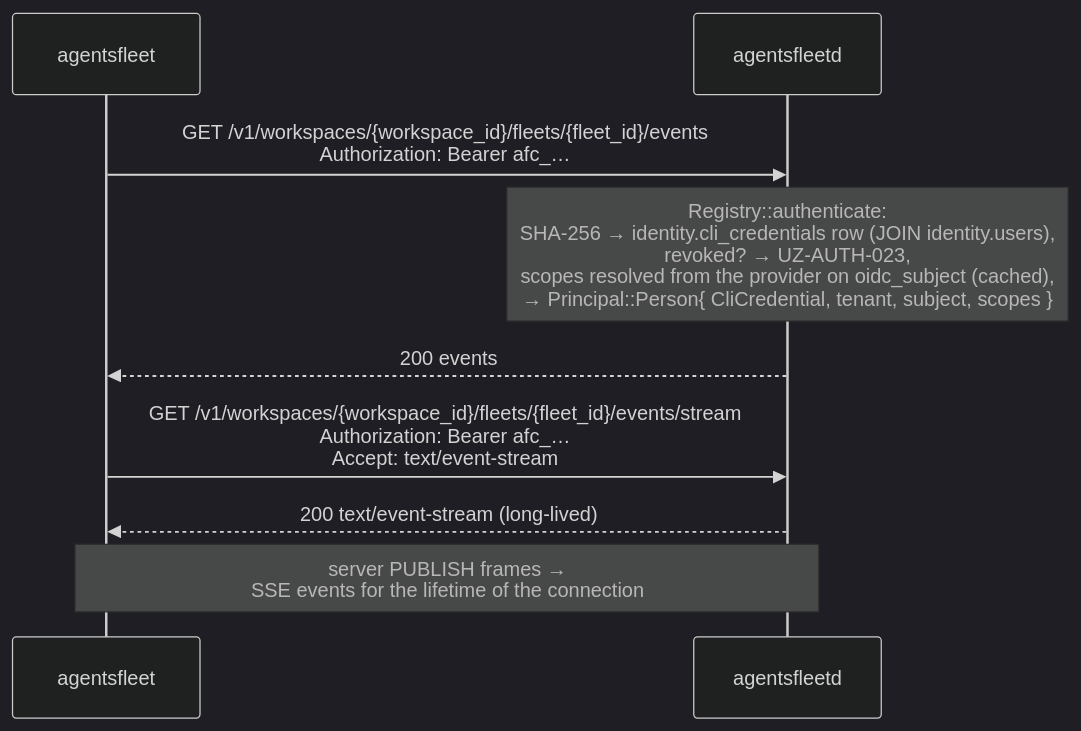
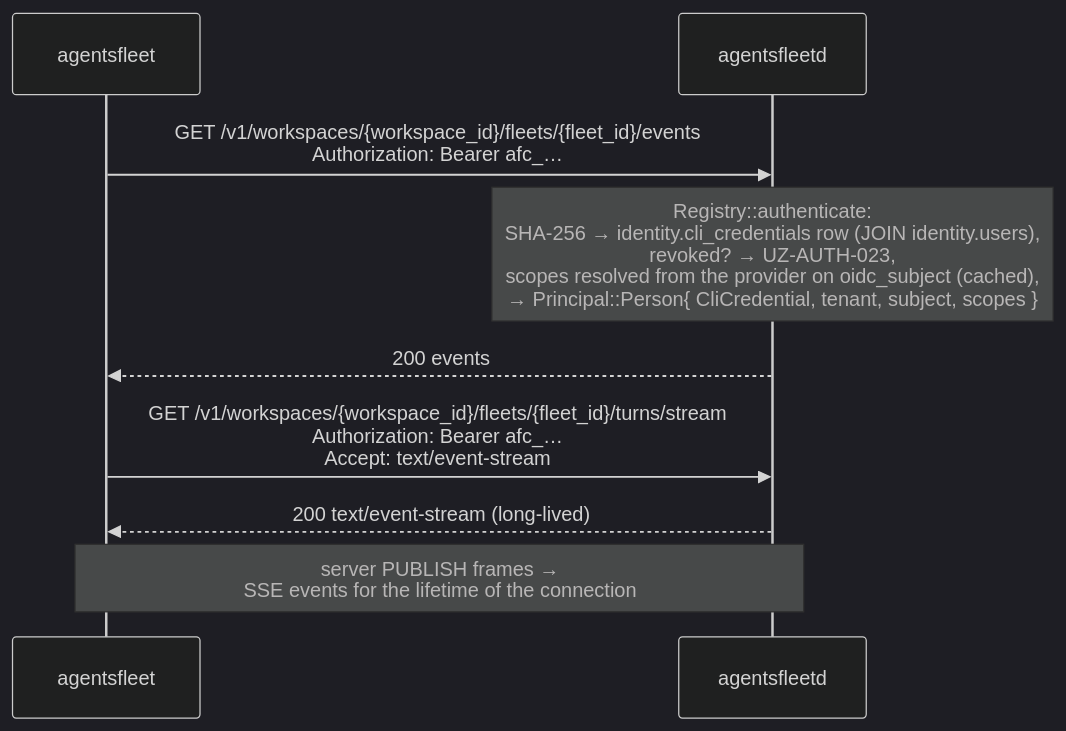
One commit to agentsfleet/agentsfleet changed the second of 2 diagrams in docs/AUTH_DEVICE_LOGIN.md. Above: the diagram before and after it, drawn with Mermaid (dark theme). The commit also changed 864 other files, not shown here.

````diff
--- a/docs/AUTH_DEVICE_LOGIN.md
+++ b/docs/AUTH_DEVICE_LOGIN.md
@@ -462,13 +462,13 @@
 ```mermaid
 sequenceDiagram
     participant CLI as agentsfleet
     participant API as agentsfleetd
 
     CLI->>API: GET /v1/workspaces/{workspace_id}/fleets/{fleet_id}/events<br/>Authorization: Bearer afc_…
     Note over API: Registry::authenticate:<br/>SHA-256 → identity.cli_credentials row (JOIN identity.users),<br/>revoked? → UZ-AUTH-023,<br/>scopes resolved from the provider on oidc_subject (cached),<br/>→ Principal::Person{ CliCredential, tenant, subject, scopes }
     API-->>CLI: 200 events
 
-    CLI->>API: GET /v1/workspaces/{workspace_id}/fleets/{fleet_id}/events/stream<br/>Authorization: Bearer afc_…<br/>Accept: text/event-stream
+    CLI->>API: GET /v1/workspaces/{workspace_id}/fleets/{fleet_id}/turns/stream<br/>Authorization: Bearer afc_…<br/>Accept: text/event-stream
     API-->>CLI: 200 text/event-stream (long-lived)
     Note over CLI,API: server PUBLISH frames →<br/>SSE events for the lifetime of the connection
 ```
````
